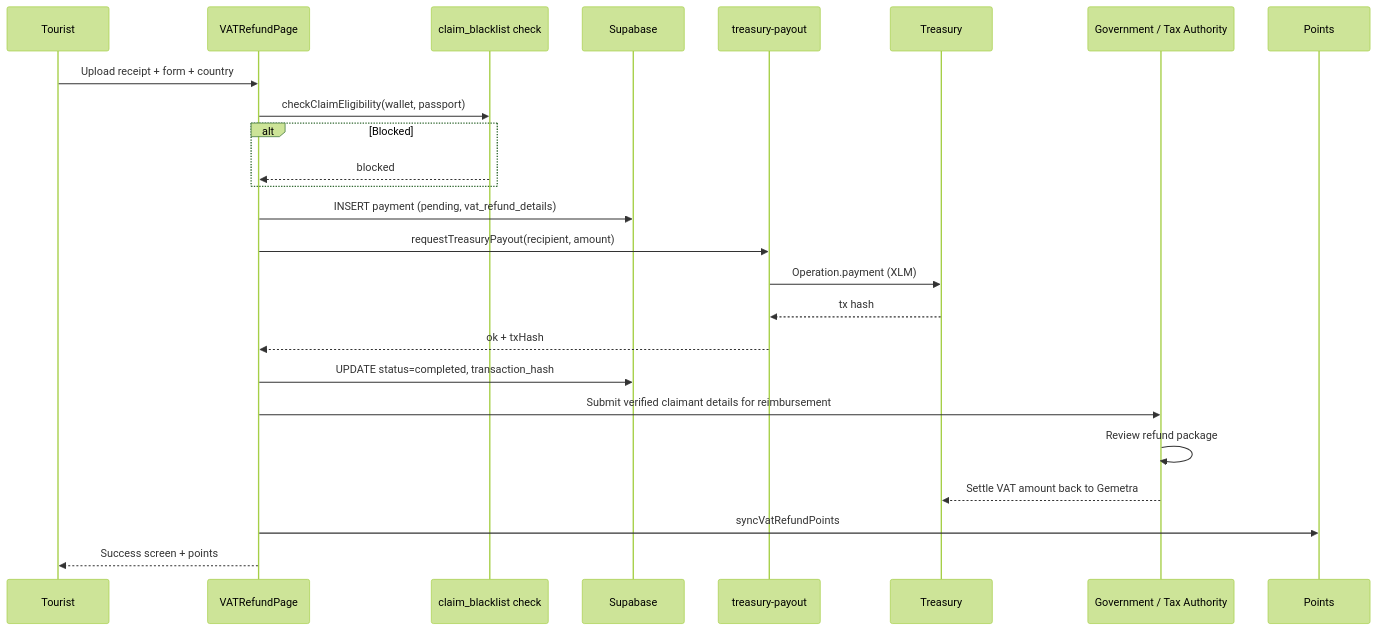
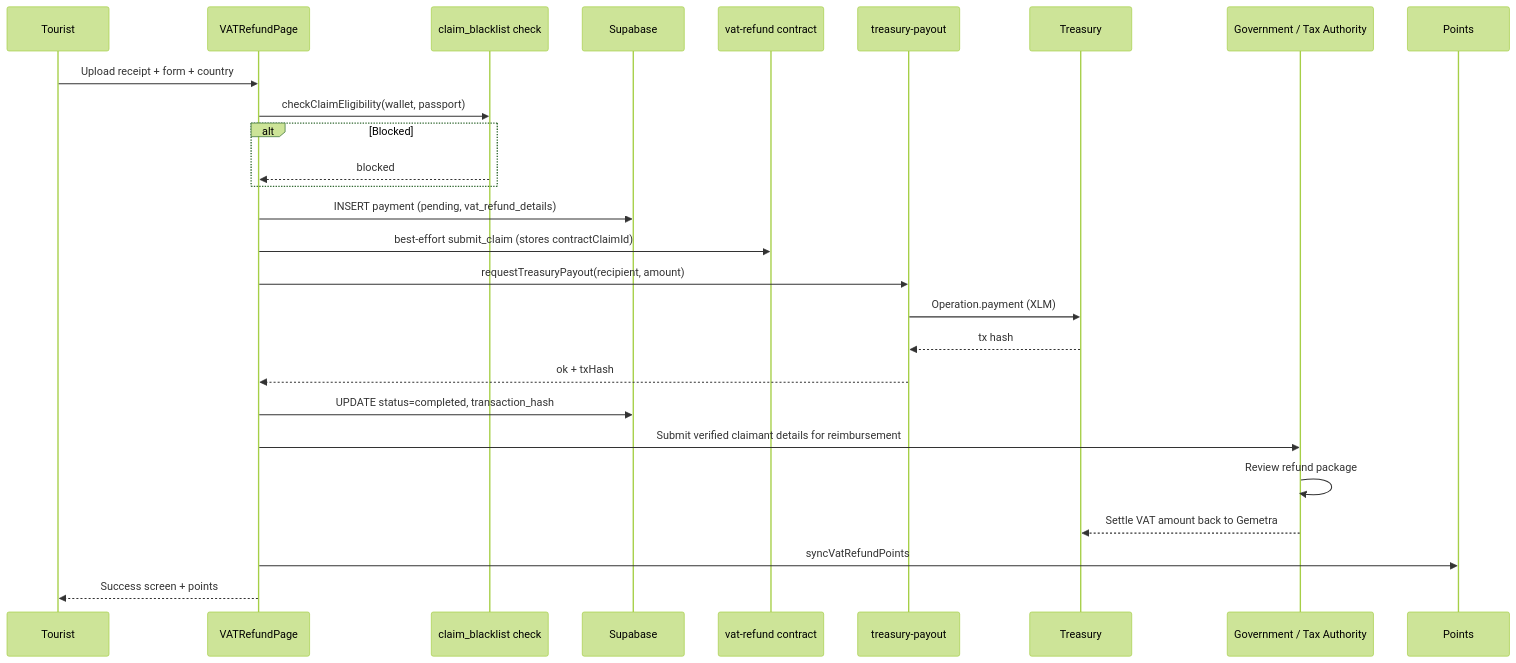
One commit to AmaanSayyad/Gemetra-XLM changed the fifth of 8 diagrams in README.md. Above: the diagram before and after it, drawn with Mermaid (forest theme). The commit also changed other lines of this file and 14 other files, not shown here.

First line of the commit message:
feat: record live vat-refund deployments on Stellar mainnet

````diff
--- a/README.md
+++ b/README.md
@@ -162,28 +164,30 @@
 ```mermaid
 sequenceDiagram
     participant Tourist
     participant App as VATRefundPage
     participant BL as claim_blacklist check
     participant SB as Supabase
+    participant SC as vat-refund contract
     participant EF as treasury-payout
     participant Treasury
     participant Gov as Government / Tax Authority
     participant Points
 
     Tourist->>App: Upload receipt + form + country
     App->>BL: checkClaimEligibility(wallet, passport)
     alt Blocked
         BL-->>App: blocked
     end
     App->>SB: INSERT payment (pending, vat_refund_details)
+    App->>SC: best-effort submit_claim (stores contractClaimId)
     App->>EF: requestTreasuryPayout(recipient, amount)
     EF->>Treasury: Operation.payment (XLM)
     Treasury-->>EF: tx hash
     EF-->>App: ok + txHash
     App->>SB: UPDATE status=completed, transaction_hash
     App->>Gov: Submit verified claimant details for reimbursement
     Gov->>Gov: Review refund package
     Gov-->>Treasury: Settle VAT amount back to Gemetra
     App->>Points: syncVatRefundPoints
     App-->>Tourist: Success screen + points
 ```
````
